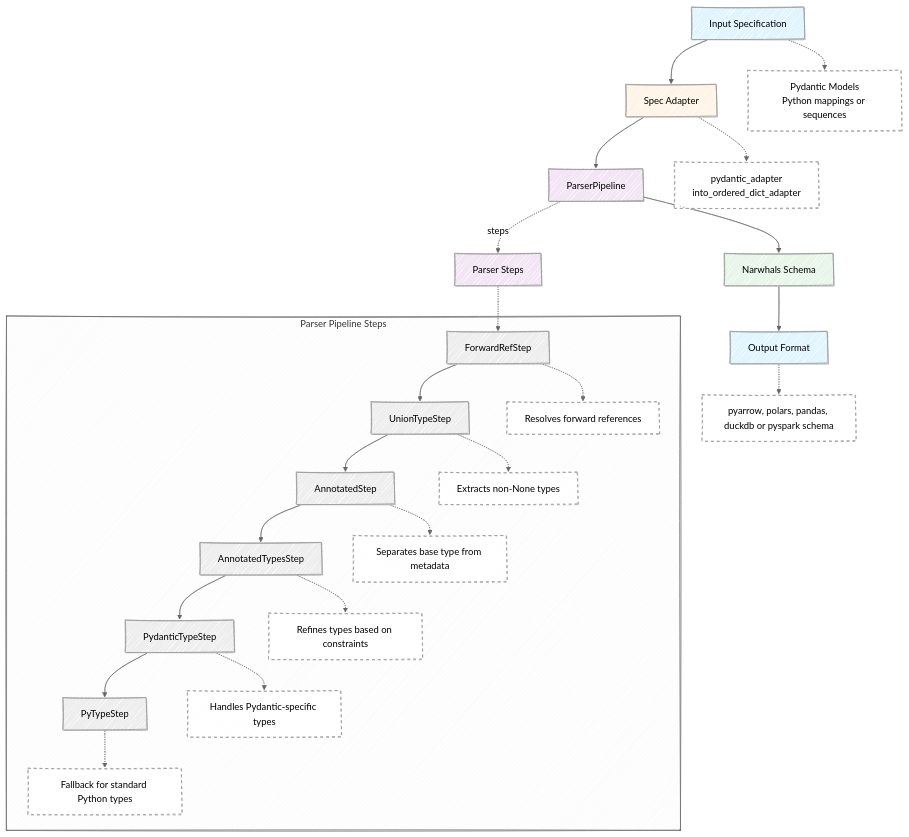
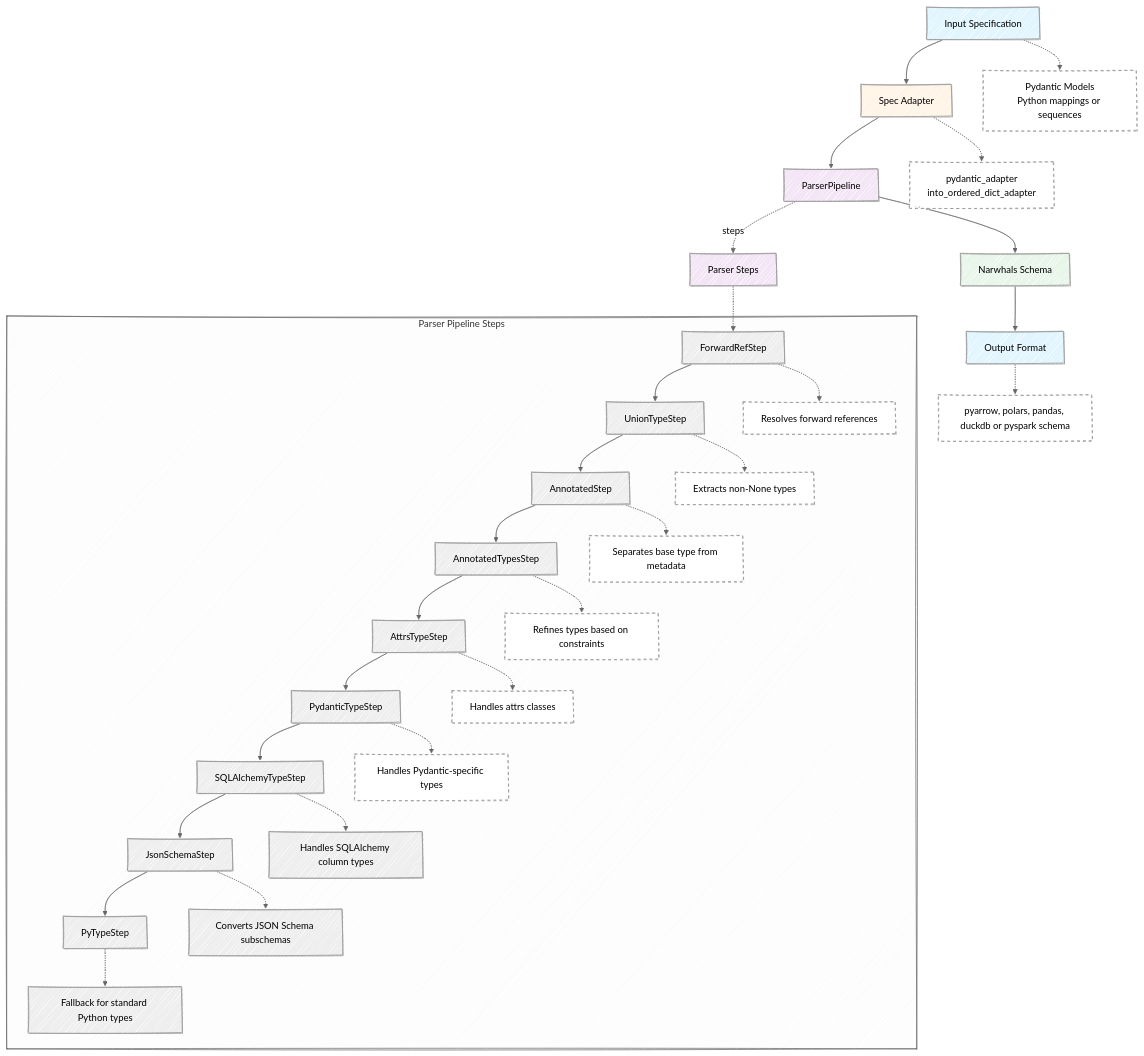
One commit to FBruzzesi/anyschema changed the diagram in docs/architecture.md. Above: the diagram before and after it, drawn with Mermaid. The commit also changed other lines of this file and 8 other files, not shown here.

Commit message:
docs: document JSON Schema support and list the full parser order

````diff
--- a/docs/architecture.md
+++ b/docs/architecture.md
@@ -44,62 +47,71 @@
 ```mermaid
 ---
 config:
   look: handDrawn
   theme: neutral
 ---
 flowchart TD
     A[Input Specification] --> B[Spec Adapter]
     B --> C[ParserPipeline]
     C --> D[Narwhals Schema]
     D --> E[Output Format]
 
     NA["Pydantic Models<br/>Python mappings or sequences"]
     NB["pydantic_adapter<br/>into_ordered_dict_adapter"]
     NE["pyarrow, polars, pandas, duckdb or pyspark schema"]
 
     A -.-> NA
     B -.-> NB
     E -.-> NE
 
     C -.->|steps| P[Parser Steps]
 
     subgraph Pipeline["Parser Pipeline Steps"]
         P1[ForwardRefStep] --> P2[UnionTypeStep]
         P2 --> P3[AnnotatedStep]
         P3 --> P4[AnnotatedTypesStep]
-        P4 --> P5[PydanticTypeStep]
-        P5 --> P6[PyTypeStep]
+        P4 --> P5[AttrsTypeStep]
+        P5 --> P6[PydanticTypeStep]
+        P6 --> P7[SQLAlchemyTypeStep]
+        P7 --> P8[JsonSchemaStep]
+        P8 --> P9[PyTypeStep]
 
         N1["Resolves forward references"]
         N2["Extracts non-None types"]
         N3["Separates base type from metadata"]
         N4["Refines types based on constraints"]
-        N5["Handles Pydantic-specific types"]
-        N6["Fallback for standard Python types"]
+        N5["Handles attrs classes"]
+        N6["Handles Pydantic-specific types"]
+        N7["Handles SQLAlchemy column types"]
+        N8["Converts JSON Schema subschemas"]
+        N9["Fallback for standard Python types"]
 
         P1 -.-> N1
         P2 -.-> N2
         P3 -.-> N3
         P4 -.-> N4
         P5 -.-> N5
         P6 -.-> N6
+        P7 -.-> N7
+        P8 -.-> N8
+        P9 -.-> N9
     end
 
     P -.-> P1
 
     style A fill:#e1f5ff
     style B fill:#fff4e6
     style C fill:#f3e5f5
     style D fill:#e8f5e9
     style E fill:#e1f5ff
     style NA fill:#fff,stroke:#999,stroke-dasharray: 5 5
     style NB fill:#fff,stroke:#999,stroke-dasharray: 5 5
     style NE fill:#fff,stroke:#999,stroke-dasharray: 5 5
     style N1 fill:#fff,stroke:#999,stroke-dasharray: 5 5
     style N2 fill:#fff,stroke:#999,stroke-dasharray: 5 5
     style N3 fill:#fff,stroke:#999,stroke-dasharray: 5 5
     style N4 fill:#fff,stroke:#999,stroke-dasharray: 5 5
     style N5 fill:#fff,stroke:#999,stroke-dasharray: 5 5
     style N6 fill:#fff,stroke:#999,stroke-dasharray: 5 5
     style P fill:#f3e5f5
 ```
````
